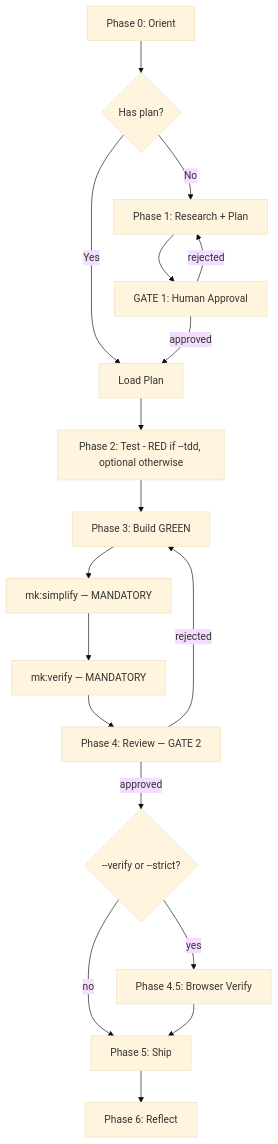
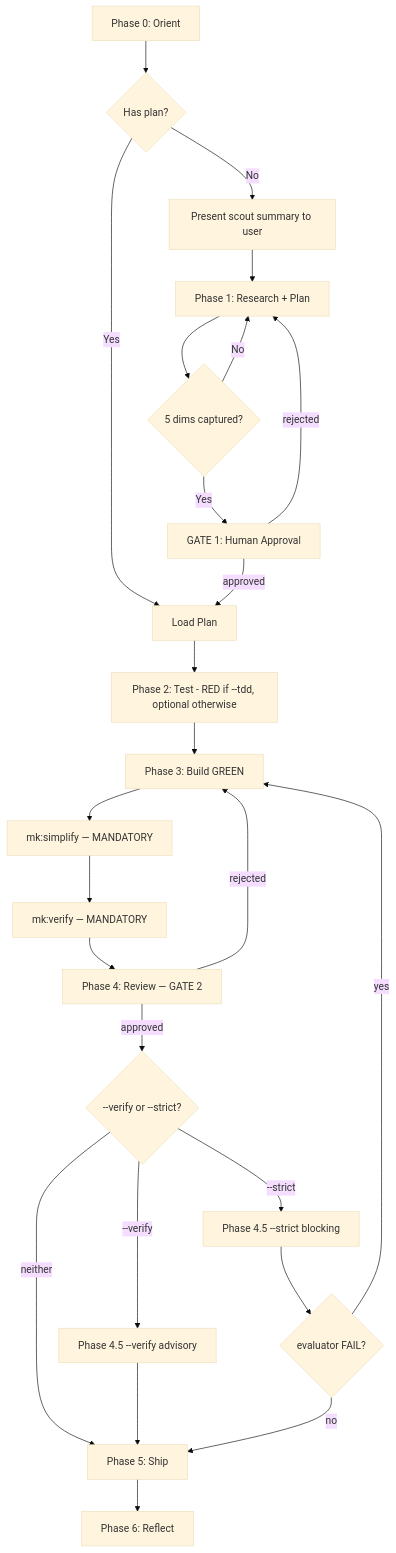
One commit to ngocsangyem/MeowKit changed the diagram in .claude/skills/cook/SKILL.md. Above: the diagram before and after it, drawn with Mermaid (base theme). The commit also changed other lines of this file and 12 other files, not shown here.

````diff
--- a/.claude/skills/cook/SKILL.md
+++ b/.claude/skills/cook/SKILL.md
@@ -84,20 +83,27 @@
 ```mermaid
 flowchart TD
     A[Phase 0: Orient] --> B{Has plan?}
     B -->|Yes| D[Load Plan]
-    B -->|No| C[Phase 1: Research + Plan]
-    C --> G1[GATE 1: Human Approval]
+    B -->|No| SP[Present scout summary to user]
+    SP --> C[Phase 1: Research + Plan]
+    C --> RQ{5 dims captured?}
+    RQ -->|No| C
+    RQ -->|Yes| G1[GATE 1: Human Approval]
     G1 -->|approved| D
     G1 -->|rejected| C
     D --> E[Phase 2: Test - RED if --tdd, optional otherwise]
     E --> F[Phase 3: Build GREEN]
     F --> S[mk:simplify — MANDATORY]
     S --> V[mk:verify — MANDATORY]
     V --> G2[Phase 4: Review — GATE 2]
     G2 -->|approved| BV{--verify or --strict?}
-    BV -->|yes| P45[Phase 4.5: Browser Verify]
-    BV -->|no| H[Phase 5: Ship]
-    P45 --> H
+    BV -->|"--verify"| P45A["Phase 4.5 --verify advisory"]
+    BV -->|"--strict"| P45B["Phase 4.5 --strict blocking"]
+    BV -->|neither| H[Phase 5: Ship]
+    P45A --> H
+    P45B --> BG{evaluator FAIL?}
+    BG -->|no| H
+    BG -->|yes| F
     G2 -->|rejected| F
     H --> I[Phase 6: Reflect]
 ```
````
